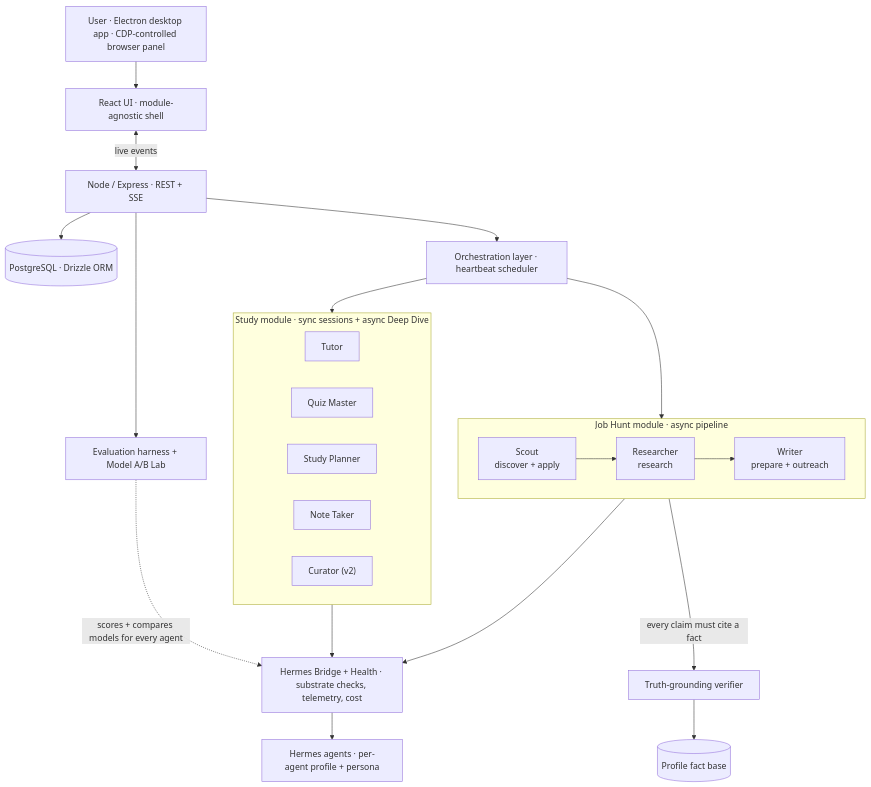
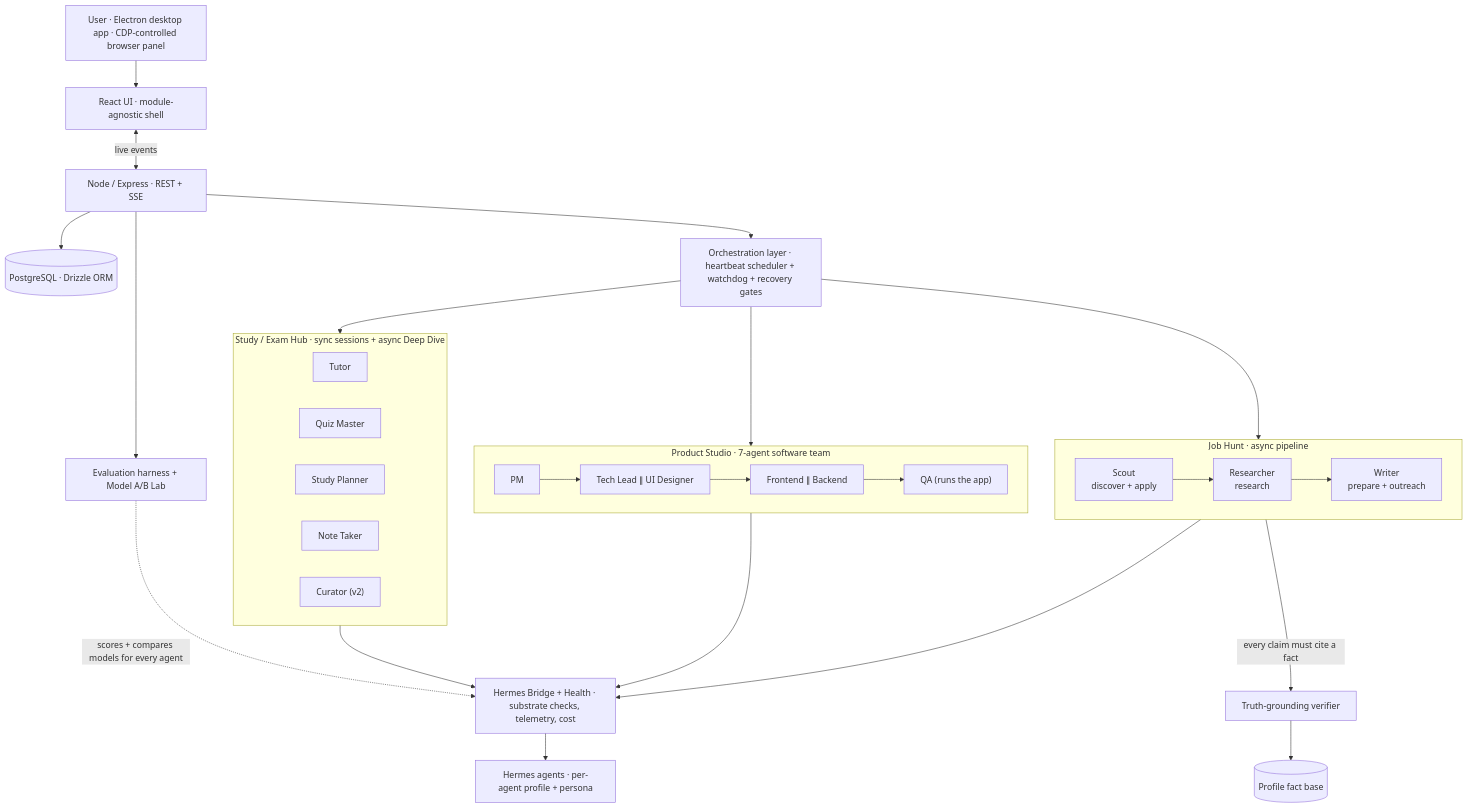
Before and after one commit to christinthomasdev/fluid-portfolio: the first of 2 diagrams in README.md, drawn with Mermaid. The commit also changed other lines of this file, not shown here.

Commit message:
Refresh case study: three modules (Job Hunt, Exam Hub, Product Studio), 173-issue program, harness-over-model thesis

````diff
--- a/README.md
+++ b/README.md
@@ -26,43 +26,52 @@
 ```mermaid
 flowchart TB
     User["User · Electron desktop app · CDP-controlled browser panel"]
     UI["React UI · module-agnostic shell"]
     Server["Node / Express · REST + SSE"]
     DB[("PostgreSQL · Drizzle ORM")]
-    Orchestrator["Orchestration layer · heartbeat scheduler"]
+    Orchestrator["Orchestration layer · heartbeat scheduler + watchdog + recovery gates"]
     Verifier["Truth-grounding verifier"]
     Facts[("Profile fact base")]
     Evals["Evaluation harness + Model A/B Lab"]
     Bridge["Hermes Bridge + Health · substrate checks, telemetry, cost"]
     LLM["Hermes agents · per-agent profile + persona"]
 
     User --> UI
     UI <-->|"live events"| Server
     Server --> DB
     Server --> Orchestrator
     Server --> Evals
     Orchestrator --> JobHunt
     Orchestrator --> Study
+    Orchestrator --> Studio
 
-    subgraph JobHunt ["Job Hunt module · async pipeline"]
+    subgraph JobHunt ["Job Hunt · async pipeline"]
         direction LR
         Scout["Scout<br/>discover + apply"] --> Researcher["Researcher<br/>research"]
         Researcher --> Writer["Writer<br/>prepare + outreach"]
     end
 
-    subgraph Study ["Study module · sync sessions + async Deep Dive"]
+    subgraph Study ["Study / Exam Hub · sync sessions + async Deep Dive"]
         direction LR
         Tutor["Tutor"]
         Quiz["Quiz Master"]
         Planner["Study Planner"]
         Notes["Note Taker"]
         Curator["Curator (v2)"]
     end
 
+    subgraph Studio ["Product Studio · 7-agent software team"]
+        direction LR
+        PM["PM"] --> Design["Tech Lead ∥ UI Designer"]
+        Design --> Build["Frontend ∥ Backend"]
+        Build --> QA["QA (runs the app)"]
+    end
+
     JobHunt --> Bridge
     Study --> Bridge
+    Studio --> Bridge
     Bridge --> LLM
     Writer -->|"every claim must cite a fact"| Verifier
     Verifier --> Facts
     Evals -.->|"scores + compares models for every agent"| Bridge
 ```
````
